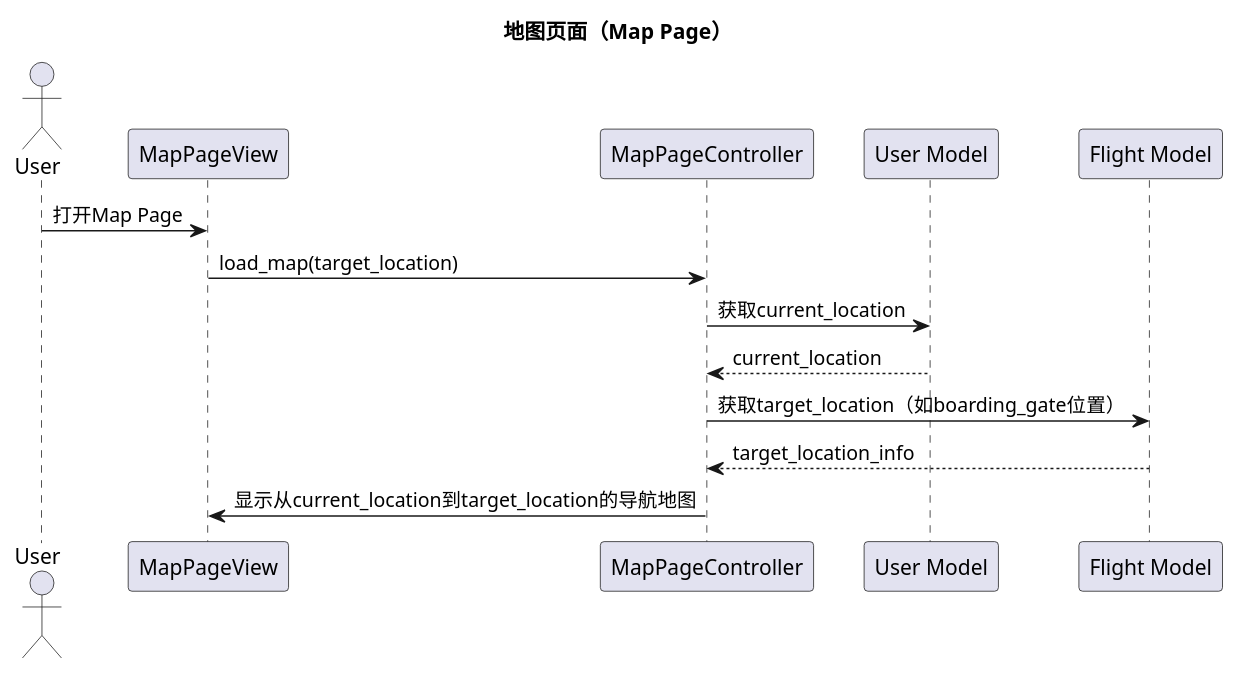
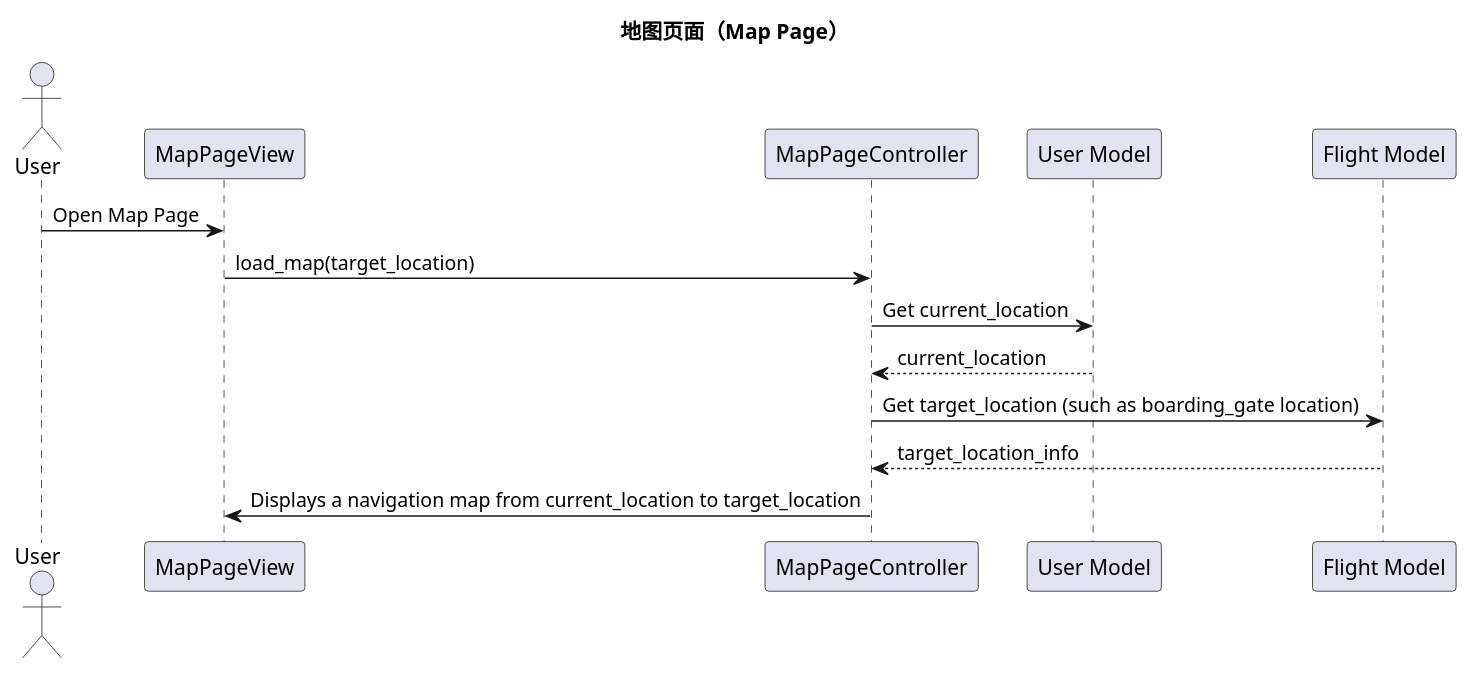
One commit to violeteye1234/group23_COMPS350F changed diagram 16 of 16 in planing/class_diagrams.md. Above: the diagram before and after it, drawn with PlantUML. The commit also changed other lines of this file and 45 other files, not shown here.

````diff
--- a/planing/class_diagrams.md
+++ b/planing/class_diagrams.md
@@ -465,19 +465,19 @@
 ```plantuml
 @startuml
 title 地图页面（Map Page）
 
 actor User
 participant "MapPageView" as View
 participant "MapPageController" as Controller
 participant "User Model" as UserModel
 participant "Flight Model" as FlightModel
 
-User -> View: 打开Map Page
+User -> View: Open Map Page
 View -> Controller: load_map(target_location)
-Controller -> UserModel: 获取current_location
+Controller -> UserModel: Get current_location
 UserModel --> Controller: current_location
-Controller -> FlightModel: 获取target_location（如boarding_gate位置）
+Controller -> FlightModel: Get target_location (such as boarding_gate location)
 FlightModel --> Controller: target_location_info
-Controller -> View: 显示从current_location到target_location的导航地图
+Controller -> View: Displays a navigation map from current_location to target_location
 @enduml
 ```
````
